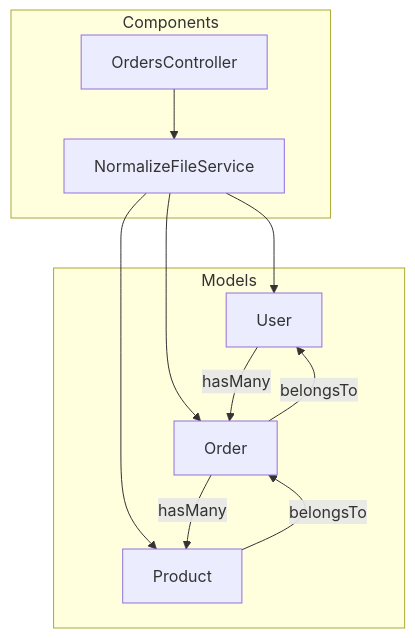
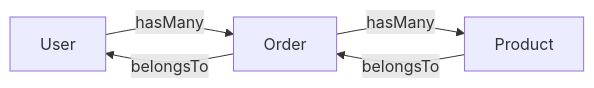
The second of 2 diagrams in README.md (enogrob/order_normalizer_api), drawn with Mermaid before and after one commit. The commit also changed other lines of this file, not shown here.

Commit message:
readme-add-refinements

````diff
--- a/README.md
+++ b/README.md
@@ -45,24 +42,7 @@
 ```mermaid
-graph TD
-    subgraph Components
-        A[OrdersController]
-        B[NormalizeFileService]
-    end
-
-    A --> B
-
-    subgraph Models
-        C[User]
-        D[Order]
-        E[Product]
-    end
-
-    B --> C
-    B --> D
-    B --> E
-
-    C -->|hasMany| D
-    D -->|hasMany| E
+graph LR
+    C[User] -->|hasMany| D[Order]
+    D -->|hasMany| E[Product]
     D -->|belongsTo| C
     E -->|belongsTo| D
 ```
````
